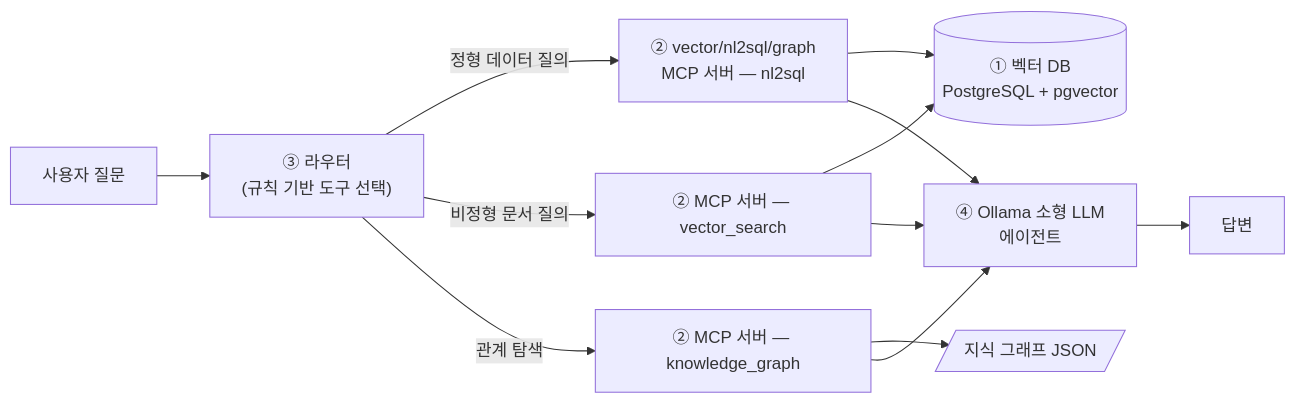
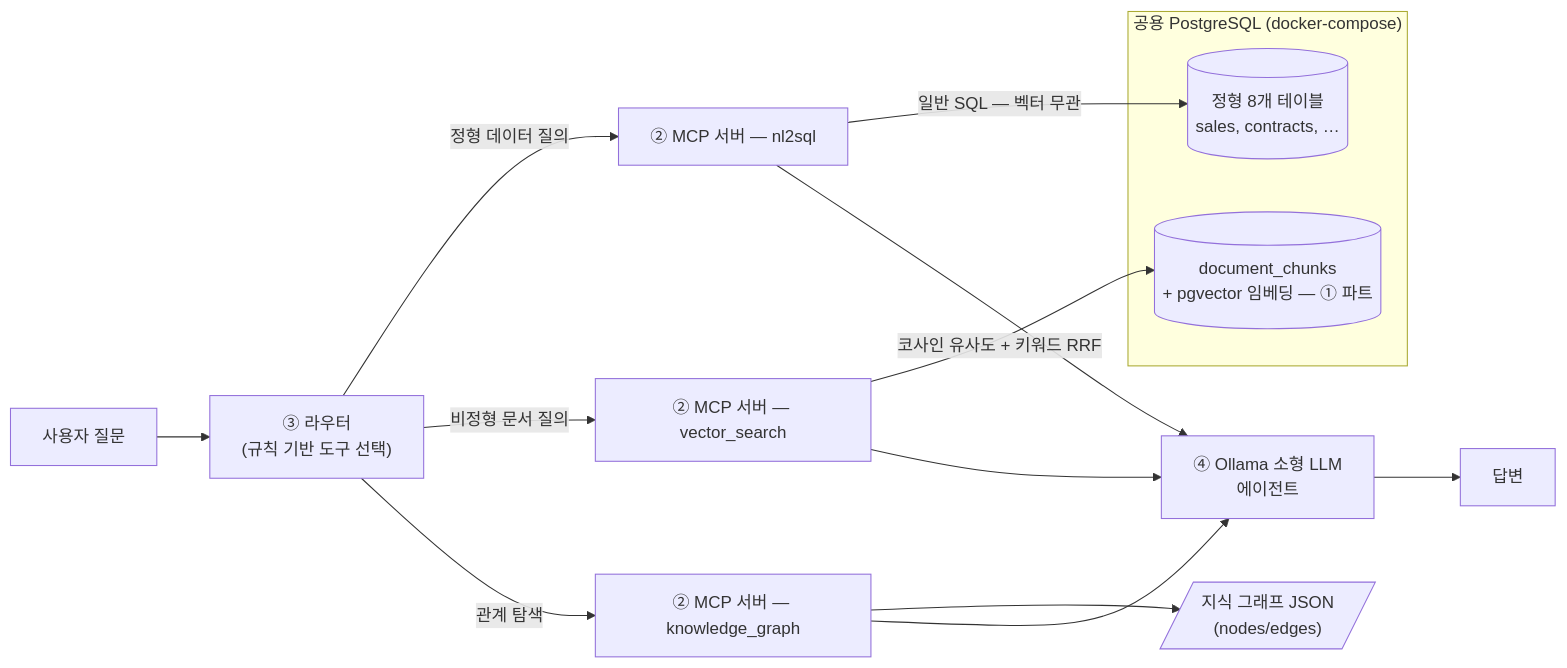
Before and after one commit to ChanWooong/os-sw-dev-contest: the diagram in README.md, drawn with Mermaid. The commit also changed other lines of this file, not shown here.

Commit message:
docs: 아키텍처 다이어그램 수정 — nl2sql은 벡터단과 무관함을 명시

````diff
--- a/README.md
+++ b/README.md
@@ -8,12 +8,16 @@
 ```mermaid
 flowchart LR
     U[사용자 질문] --> R["③ 라우터<br/>(규칙 기반 도구 선택)"]
-    R -->|정형 데이터 질의| SQL["② vector/nl2sql/graph<br/>MCP 서버 — nl2sql"]
+    R -->|정형 데이터 질의| SQL["② MCP 서버 — nl2sql"]
     R -->|비정형 문서 질의| VS["② MCP 서버 — vector_search"]
     R -->|관계 탐색| KG["② MCP 서버 — knowledge_graph"]
-    VS --> DB[("① 벡터 DB<br/>PostgreSQL + pgvector")]
-    SQL --> DB
-    KG --> G[/"지식 그래프 JSON"/]
+    subgraph PG["공용 PostgreSQL (docker-compose)"]
+        T[("정형 8개 테이블<br/>sales, contracts, …")]
+        C[("document_chunks<br/>+ pgvector 임베딩 — ① 파트")]
+    end
+    SQL -->|일반 SQL — 벡터 무관| T
+    VS -->|코사인 유사도 + 키워드 RRF| C
+    KG --> G[/"지식 그래프 JSON<br/>(nodes/edges)"/]
     SQL & VS & KG --> A["④ Ollama 소형 LLM<br/>에이전트"]
     A --> U2[답변]
 ```
````
